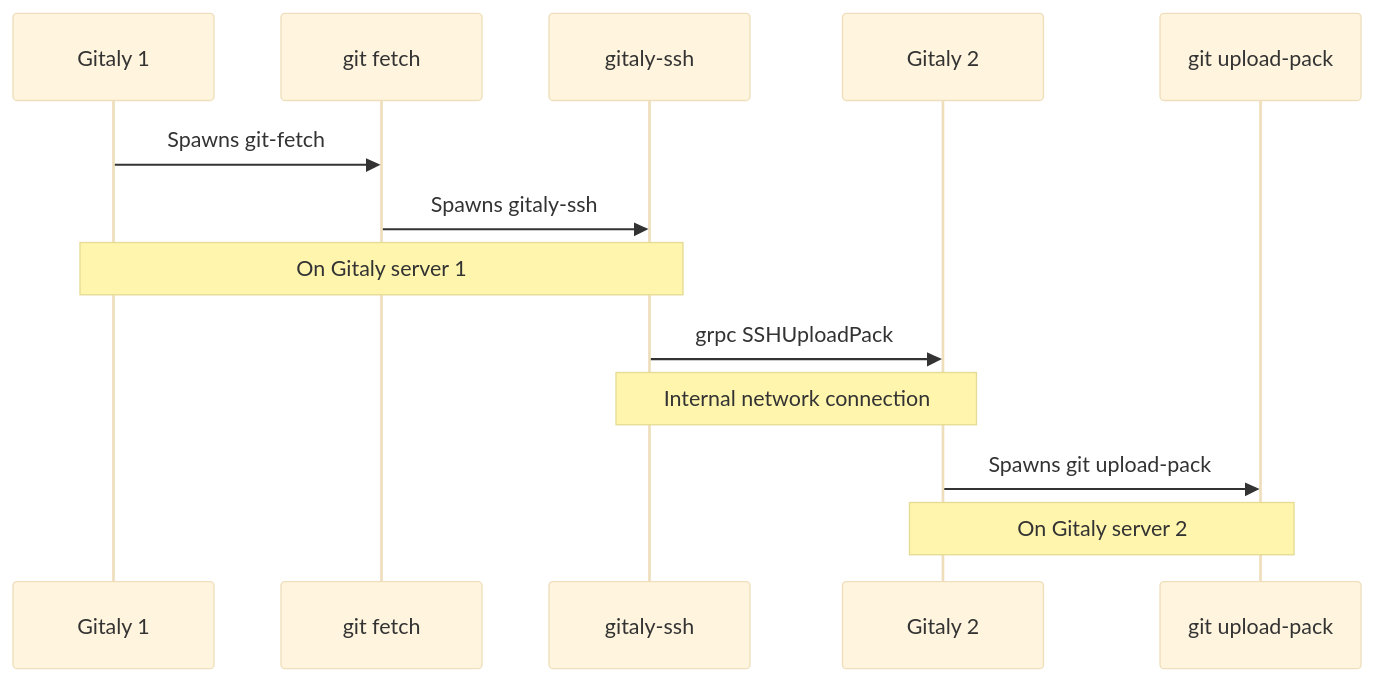
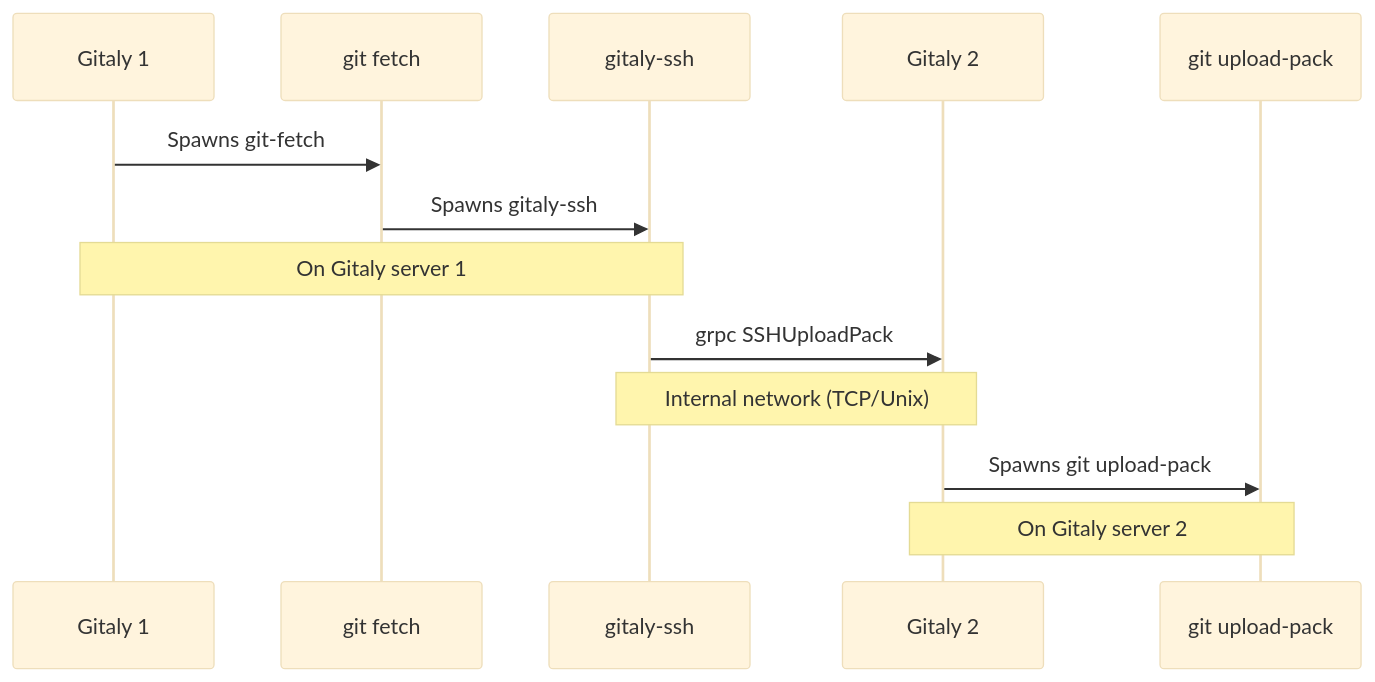
Before and after one commit to qeesung/gitaly: the second of 2 diagrams in cmd/gitaly-ssh/README.md, drawn with Mermaid (base theme).

````diff
--- a/cmd/gitaly-ssh/README.md
+++ b/cmd/gitaly-ssh/README.md
@@ -41,18 +41,18 @@
 ```mermaid
 sequenceDiagram
   participant Gitaly1 as Gitaly 1
   participant Gitaly1Git as git fetch
   participant GitalySSH as gitaly-ssh
   participant Gitaly2 as Gitaly 2
   participant Gitaly2Git as git upload-pack
 
   Gitaly1 ->> Gitaly1Git: Spawns git-fetch
   Gitaly1Git ->> GitalySSH: Spawns gitaly-ssh
   Note over Gitaly1,GitalySSH: On Gitaly server 1
 
   GitalySSH ->> Gitaly2: grpc SSHUploadPack
-  Note over GitalySSH,Gitaly2: Internal network connection
+  Note over GitalySSH,Gitaly2: Internal network (TCP/Unix)
 
   Gitaly2 ->> Gitaly2Git: Spawns git upload-pack
   Note over Gitaly2,Gitaly2Git: On Gitaly server 2
 ```
````
